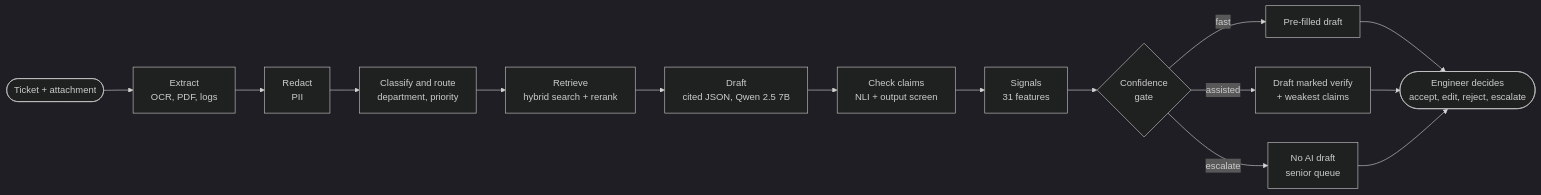
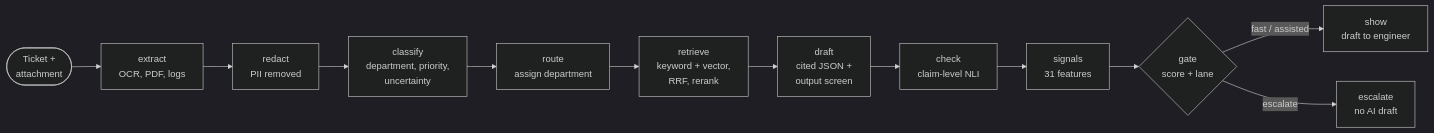
The second of 3 diagrams in README.md (Rishikesh10925/Ticket_Sense), drawn with Mermaid (dark theme) before and after one commit. The commit also changed other lines of this file, not shown here.

Commit message:
readme: architecture section with system overview, pipeline nodes, gate, lifecycle and design principles

````diff
--- a/README.md
+++ b/README.md
@@ -96,17 +161,14 @@
 ```mermaid
 flowchart LR
-    T(["Ticket + attachment"]) --> X["Extract<br/>OCR, PDF, logs"]
-    X --> R["Redact<br/>PII"]
-    R --> C["Classify and route<br/>department, priority"]
-    C --> RV["Retrieve<br/>hybrid search + rerank"]
-    RV --> D["Draft<br/>cited JSON, Qwen 2.5 7B"]
-    D --> K["Check claims<br/>NLI + output screen"]
-    K --> S["Signals<br/>31 features"]
-    S --> G{"Confidence<br/>gate"}
-    G -->|fast| F["Pre-filled draft"]
-    G -->|assisted| A["Draft marked verify<br/>+ weakest claims"]
-    G -->|escalate| E["No AI draft<br/>senior queue"]
-    F --> H(["Engineer decides<br/>accept, edit, reject, escalate"])
-    A --> H
-    E --> H
+    IN(["Ticket +<br/>attachment"]) --> X["extract<br/>OCR, PDF, logs"]
+    X --> R["redact<br/>PII removed"]
+    R --> C["classify<br/>department, priority,<br/>uncertainty"]
+    C --> RO["route<br/>assign department"]
+    RO --> RV["retrieve<br/>keyword + vector,<br/>RRF, rerank"]
+    RV --> D["draft<br/>cited JSON +<br/>output screen"]
+    D --> K["check<br/>claim-level NLI"]
+    K --> S["signals<br/>31 features"]
+    S --> G{"gate<br/>score + lane"}
+    G -- "fast / assisted" --> SH["show<br/>draft to engineer"]
+    G -- "escalate" --> ES["escalate<br/>no AI draft"]
 ```
````
